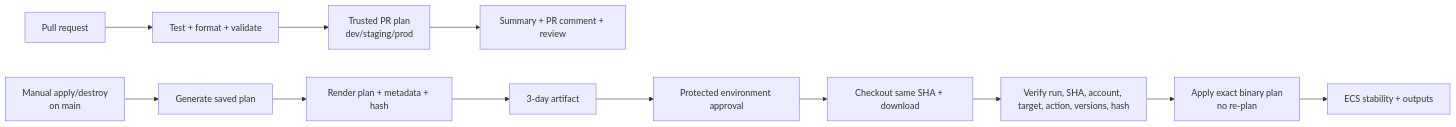
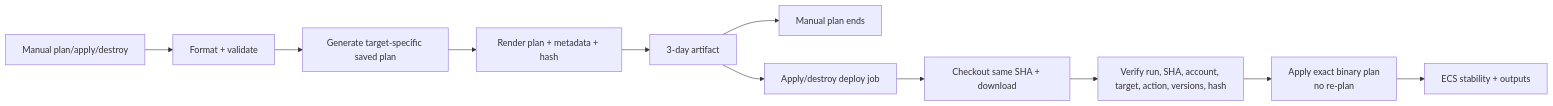
The diagram in docs/terraform-pipeline.md (Norahbiju/aws-todo), drawn with Mermaid before and after one commit. The commit also changed other lines of this file and 11 other files, not shown here.

````diff
--- a/docs/terraform-pipeline.md
+++ b/docs/terraform-pipeline.md
@@ -3,14 +3,13 @@
 ```mermaid
 flowchart LR
-  PR[Pull request] --> Test[Test + format + validate]
-  Test --> Plan[Trusted PR plan\ndev/staging/prod]
-  Plan --> Review[Summary + PR comment + review]
-  Dispatch[Manual apply/destroy\non main] --> Saved[Generate saved plan]
+  Dispatch[Manual plan/apply/destroy] --> Test[Format + validate]
+  Test --> Saved[Generate target-specific saved plan]
   Saved --> Render[Render plan + metadata + hash]
   Render --> Artifact[3-day artifact]
-  Artifact --> Gate[Protected environment approval]
-  Gate --> Download[Checkout same SHA + download]
+  Artifact --> End[Manual plan ends]
+  Artifact --> Deploy[Apply/destroy deploy job]
+  Deploy --> Download[Checkout same SHA + download]
   Download --> Verify[Verify run, SHA, account, target, action, versions, hash]
   Verify --> Exact[Apply exact binary plan\nno re-plan]
   Exact --> Stable[ECS stability + outputs]
 ```
````
